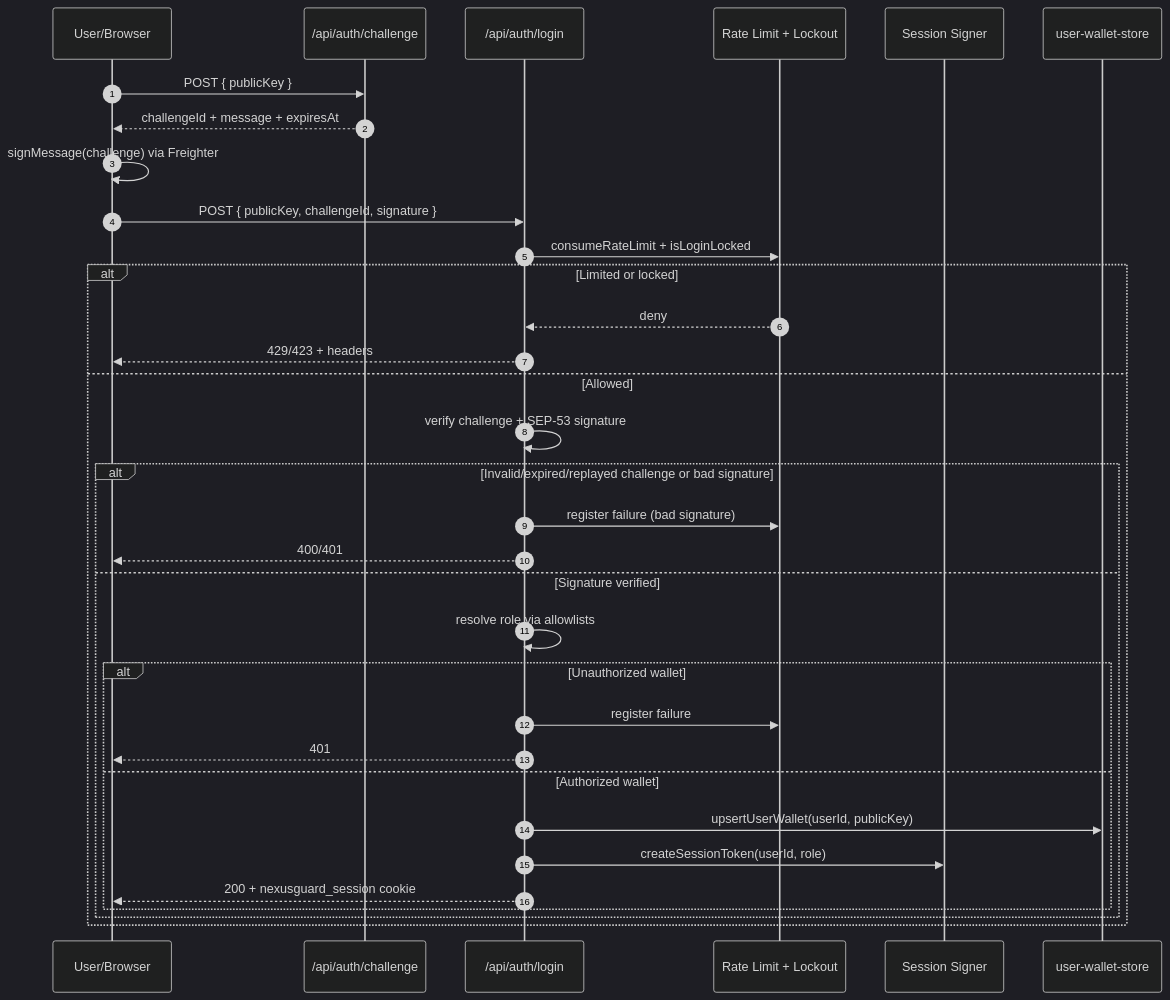
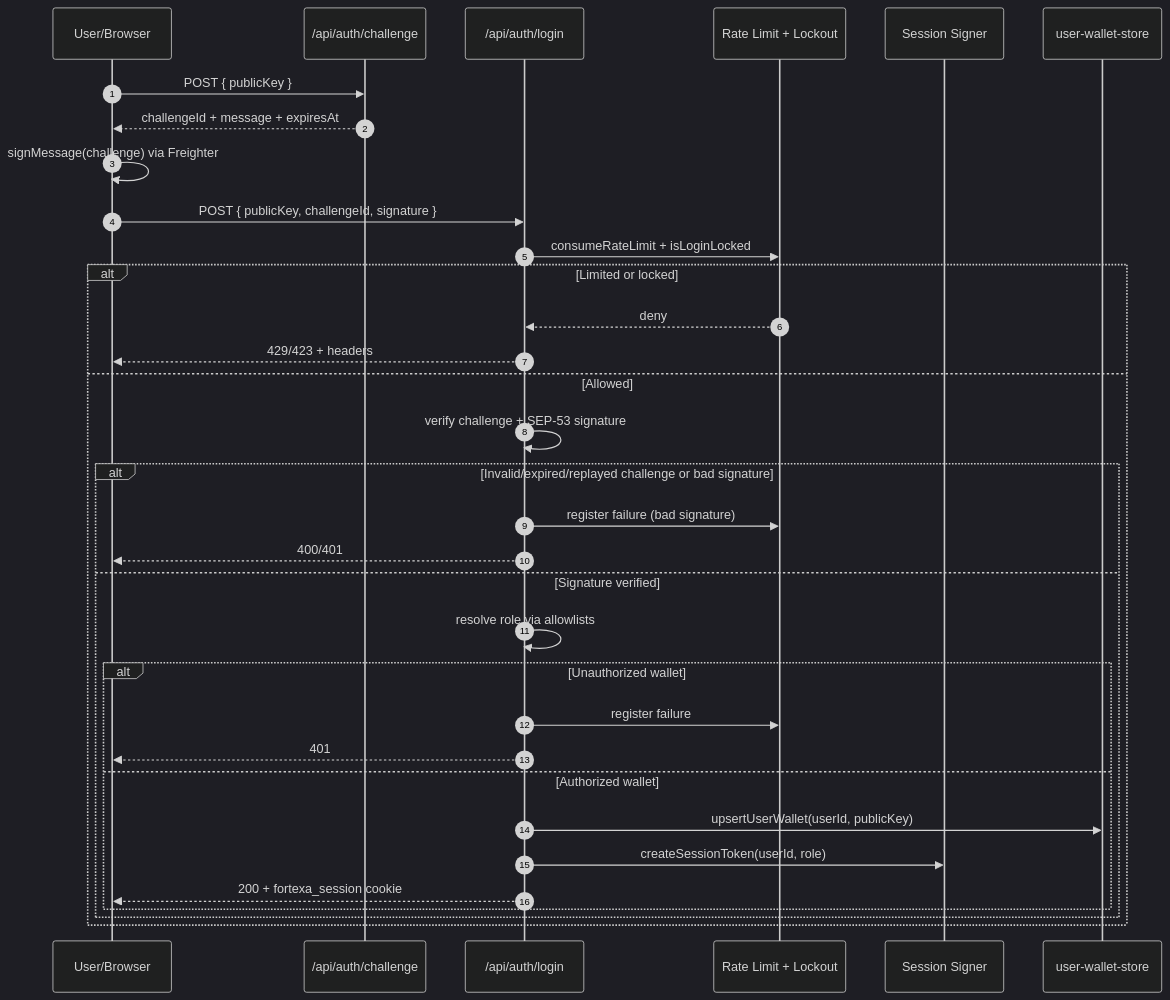
Before and after one commit to Nexusopen-source/nexusguard: the third of 6 diagrams in ARCHITECTURE.md, drawn with Mermaid (dark theme). The commit also changed other lines of this file and 93 other files, not shown here.

````diff
--- a/ARCHITECTURE.md
+++ b/ARCHITECTURE.md
@@ -127,36 +127,36 @@
 ```mermaid
 sequenceDiagram
   autonumber
   participant U as User/Browser
   participant CH as /api/auth/challenge
   participant API as /api/auth/login
   participant RL as Rate Limit + Lockout
   participant AUTH as Session Signer
   participant UW as user-wallet-store
 
   U->>CH: POST { publicKey }
   CH-->>U: challengeId + message + expiresAt
   U->>U: signMessage(challenge) via Freighter
   U->>API: POST { publicKey, challengeId, signature }
   API->>RL: consumeRateLimit + isLoginLocked
   alt Limited or locked
     RL-->>API: deny
     API-->>U: 429/423 + headers
   else Allowed
     API->>API: verify challenge + SEP-53 signature
     alt Invalid/expired/replayed challenge or bad signature
       API->>RL: register failure (bad signature)
       API-->>U: 400/401
     else Signature verified
       API->>API: resolve role via allowlists
       alt Unauthorized wallet
         API->>RL: register failure
         API-->>U: 401
       else Authorized wallet
         API->>UW: upsertUserWallet(userId, publicKey)
         API->>AUTH: createSessionToken(userId, role)
-        API-->>U: 200 + nexusguard_session cookie
+        API-->>U: 200 + fortexa_session cookie
       end
     end
   end
 ```
````
